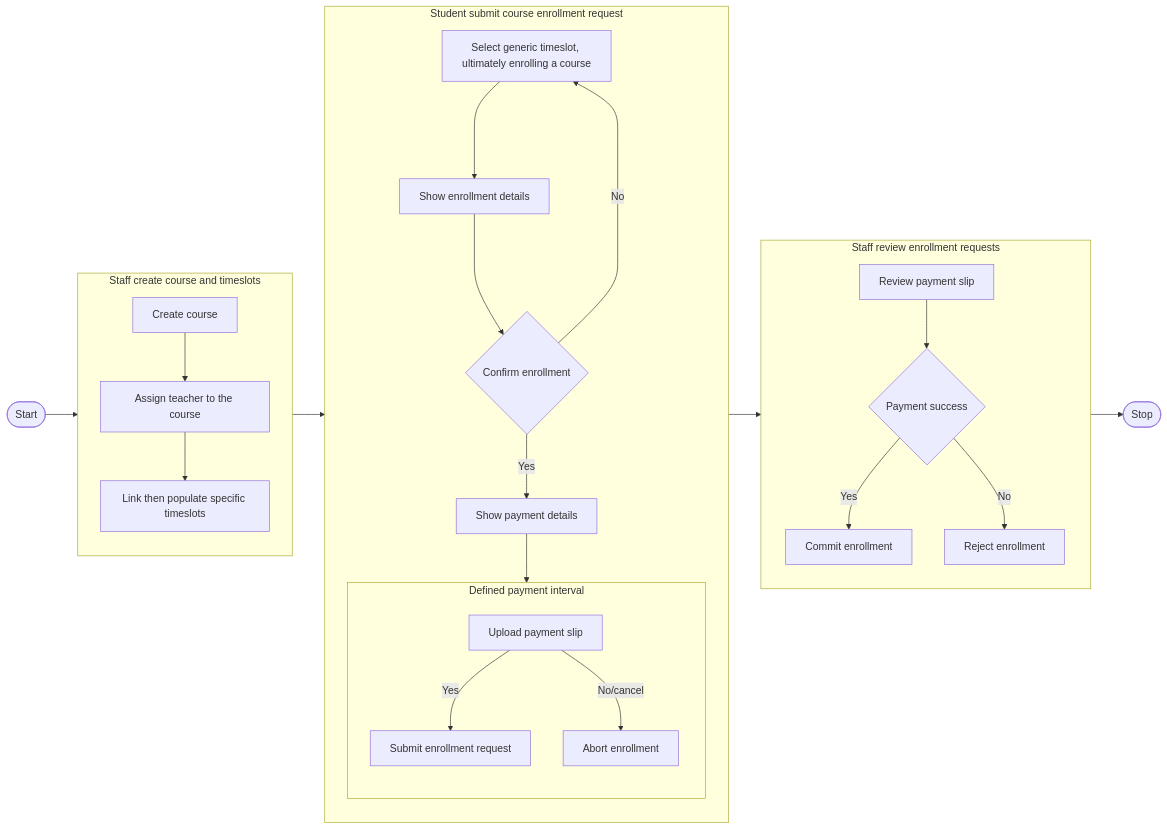
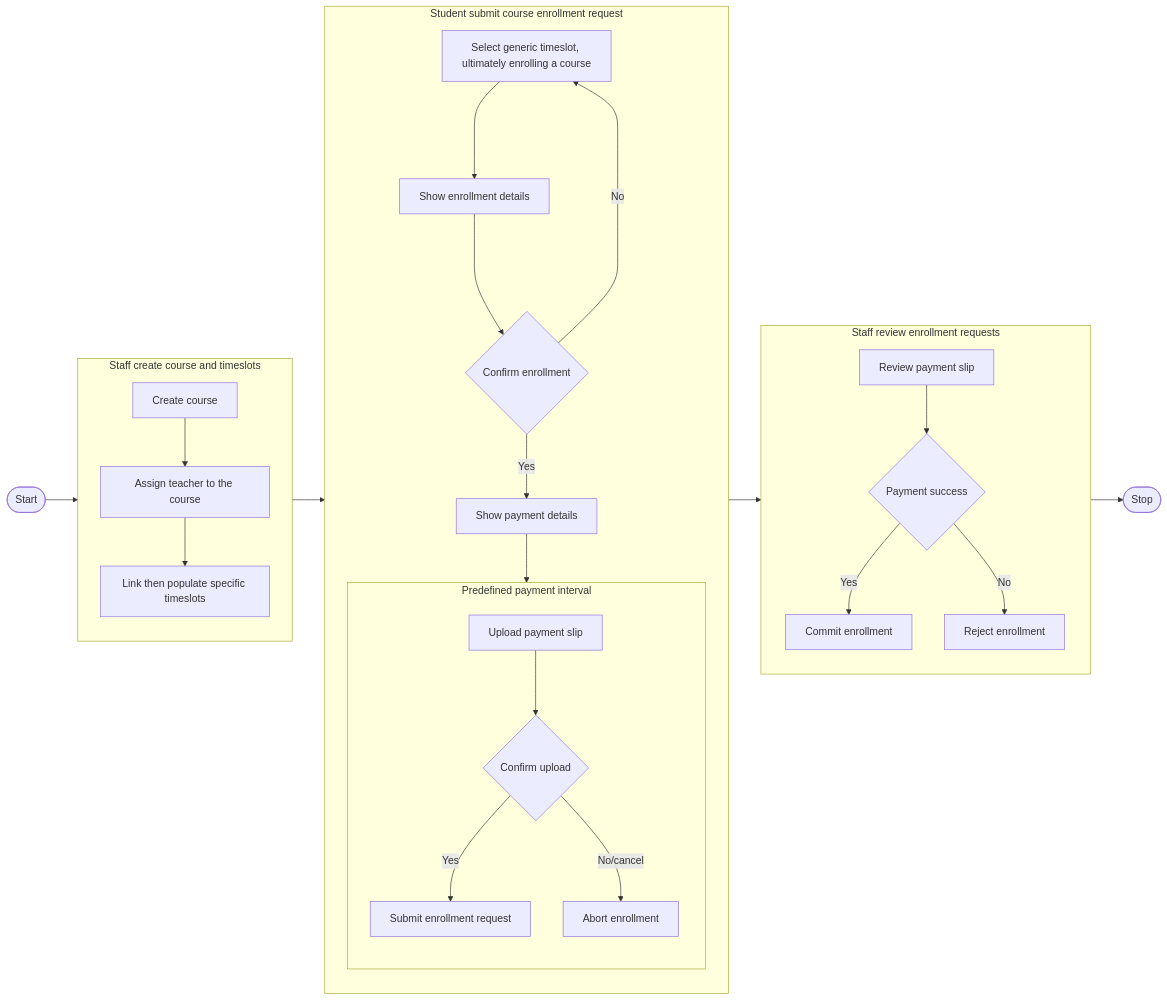
The diagram in Design/business.md (SaluteKevin/AQkid), drawn with Mermaid before and after one commit. The commit also changed other lines of this file and 7 other files, not shown here.

````diff
--- a/Design/business.md
+++ b/Design/business.md
@@ -16,47 +16,48 @@
 ```mermaid
 flowchart LR
 
     subgraph staffCreateCourse[Staff create course and timeslots]
         direction TB
 
         courseCreate[Create course] --> courseTeacherAssign[Assign teacher to the course] --> timeslotSpecificCreate[Link then populate specific timeslots]
     end
 
     subgraph studentEnrollCourse[Student submit course enrollment request]
         direction TB
 
         timeslotGenericSelect[Select generic timeslot, ultimately enrolling a course]
 
         timeslotGenericSelect ---> enrollmentDetails[Show enrollment details]
 
         enrollmentDetails ---> confirmEnrollment{Confirm enrollment}
         confirmEnrollment -- No --> timeslotGenericSelect
         confirmEnrollment -- Yes --> paymentDetails
 
         paymentDetails[Show payment details]
 
-        subgraph uploadPaymentSlipInterval[Defined payment interval]
+        subgraph uploadPaymentSlipInterval[Predefined payment interval]
             direction TB
 
             uploadPaymentSlip[Upload payment slip]
-            uploadPaymentSlip -- Yes --> submitEnrollmentRequest[Submit enrollment request]
-            uploadPaymentSlip -- No/cancel --> abortEnrollment[Abort enrollment]
+            uploadPaymentSlip --> confirmUpload{Confirm upload}
+            confirmUpload -- Yes --> submitEnrollmentRequest[Submit enrollment request]
+            confirmUpload -- No/cancel --> abortEnrollment[Abort enrollment]
         end
 
         paymentDetails --> uploadPaymentSlipInterval{Upload payment slip}
     end
 
     subgraph staffConfirmEnrollment[Staff review enrollment requests]
         direction TB
     
         reviewPaymentSlip[Review payment slip] --> confirmPaymentSlip{Payment success}
         confirmPaymentSlip -- Yes --> enrollSuccess[Commit enrollment]
         confirmPaymentSlip -- No --> enrollFailure[Reject enrollment]
     end
 
     start([Start]) --> staffCreateCourse
     staffCreateCourse --> studentEnrollCourse
     studentEnrollCourse --> staffConfirmEnrollment
     
     staffConfirmEnrollment --> stop([Stop])
 ```
````
